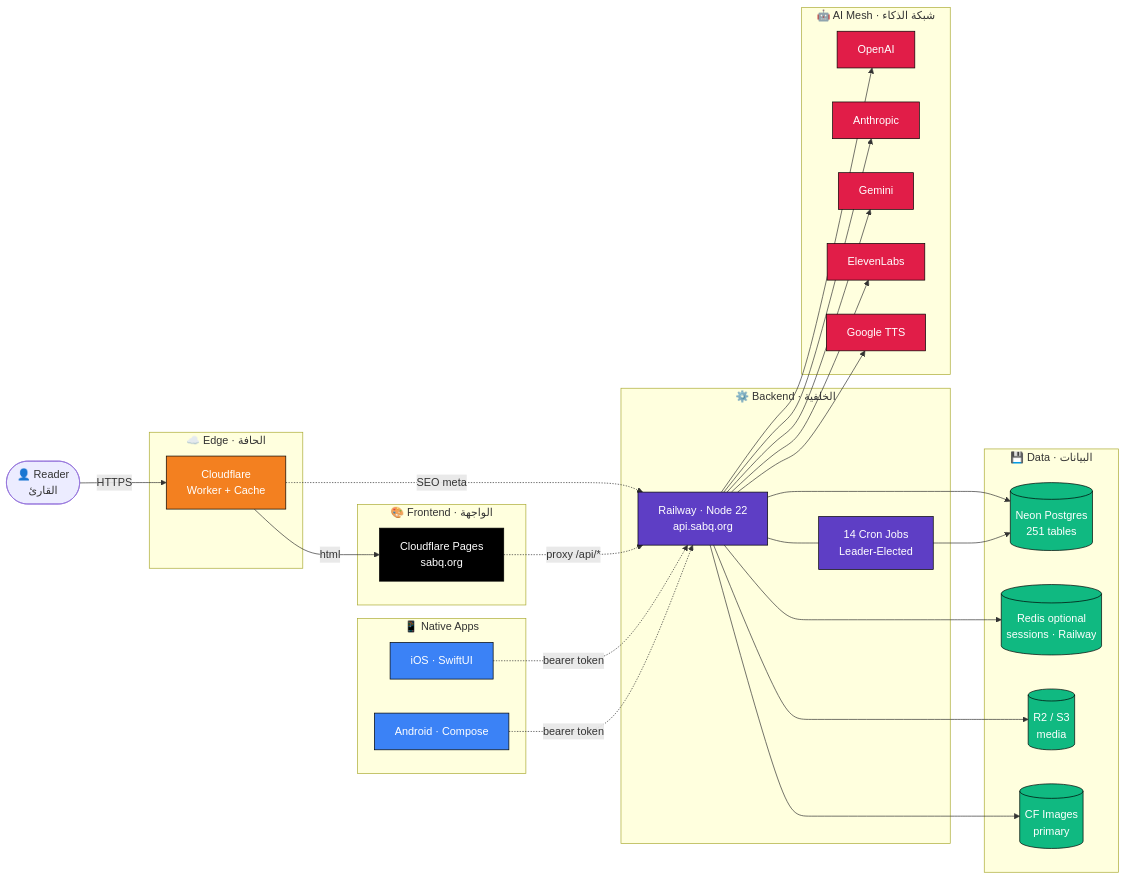
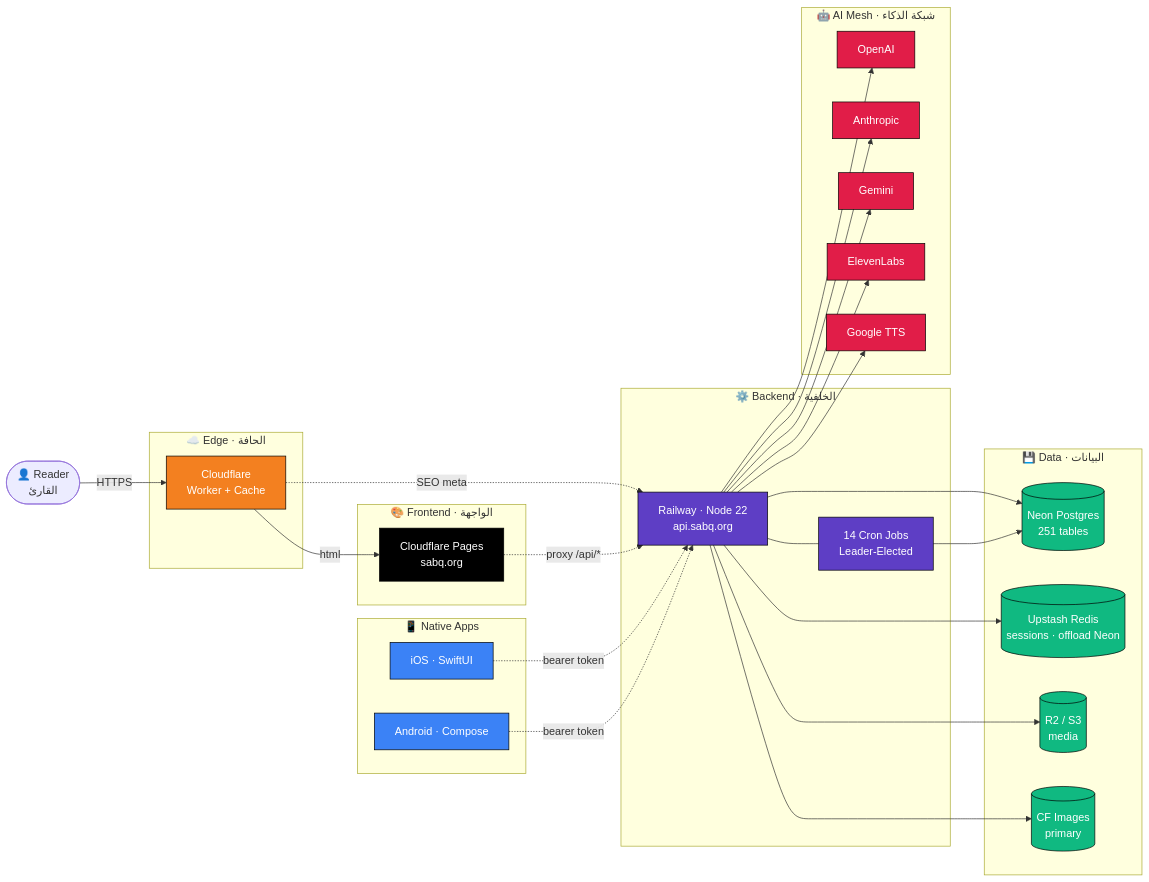
The diagram in README.md (sabq4org/sabq.org), drawn with Mermaid before and after one commit. The commit also changed other lines of this file and 4 other files, not shown here.

First line of the commit message:
docs: clarify Redis is production-enabled to offload Neon sessions

````diff
--- a/README.md
+++ b/README.md
@@ -126,63 +126,63 @@
 ```mermaid
 flowchart LR
     Reader([👤 Reader<br/>القارئ])
     
     subgraph Edge["☁️ Edge · الحافة"]
         CF[Cloudflare<br/>Worker + Cache]
     end
     
     subgraph Frontend["🎨 Frontend · الواجهة"]
         V[Cloudflare Pages<br/>sabq.org]
     end
     
     subgraph Backend["⚙️ Backend · الخلفية"]
         R[Railway · Node 22<br/>api.sabq.org]
         Jobs[14 Cron Jobs<br/>Leader-Elected]
     end
     
     subgraph Data["💾 Data · البيانات"]
         N[(Neon Postgres<br/>251 tables)]
-        U[(Redis optional<br/>sessions · Railway)]
+        U[(Upstash Redis<br/>sessions · offload Neon)]
         S3[(R2 / S3<br/>media)]
         CFI[(CF Images<br/>primary)]
     end
     
     subgraph AI["🤖 AI Mesh · شبكة الذكاء"]
         O[OpenAI]
         A[Anthropic]
         G[Gemini]
         E[ElevenLabs]
         T[Google TTS]
     end
     
     subgraph Mobile["📱 Native Apps"]
         iOS[iOS · SwiftUI]
         Android[Android · Compose]
     end
     
     Reader -->|HTTPS| CF
     CF -->|html| V
     CF -.SEO meta.-> R
     V -.proxy /api/*.-> R
     iOS -.bearer token.-> R
     Android -.bearer token.-> R
     
     R --> N & U & S3 & CFI
     R --> O & A & G & E & T
     R --- Jobs
     Jobs --> N
 
     classDef edge fill:#f38020,color:#fff,stroke:#000
     classDef front fill:#000,color:#fff,stroke:#000
     classDef back fill:#5e3ec5,color:#fff,stroke:#000
     classDef data fill:#10b981,color:#fff,stroke:#000
     classDef ai fill:#e11d48,color:#fff,stroke:#000
     classDef mobile fill:#3b82f6,color:#fff,stroke:#000
     
     class CF edge
     class V front
     class R,Jobs back
     class N,U,S3,CFI data
     class O,A,G,E,T ai
     class iOS,Android mobile
 ```
````
